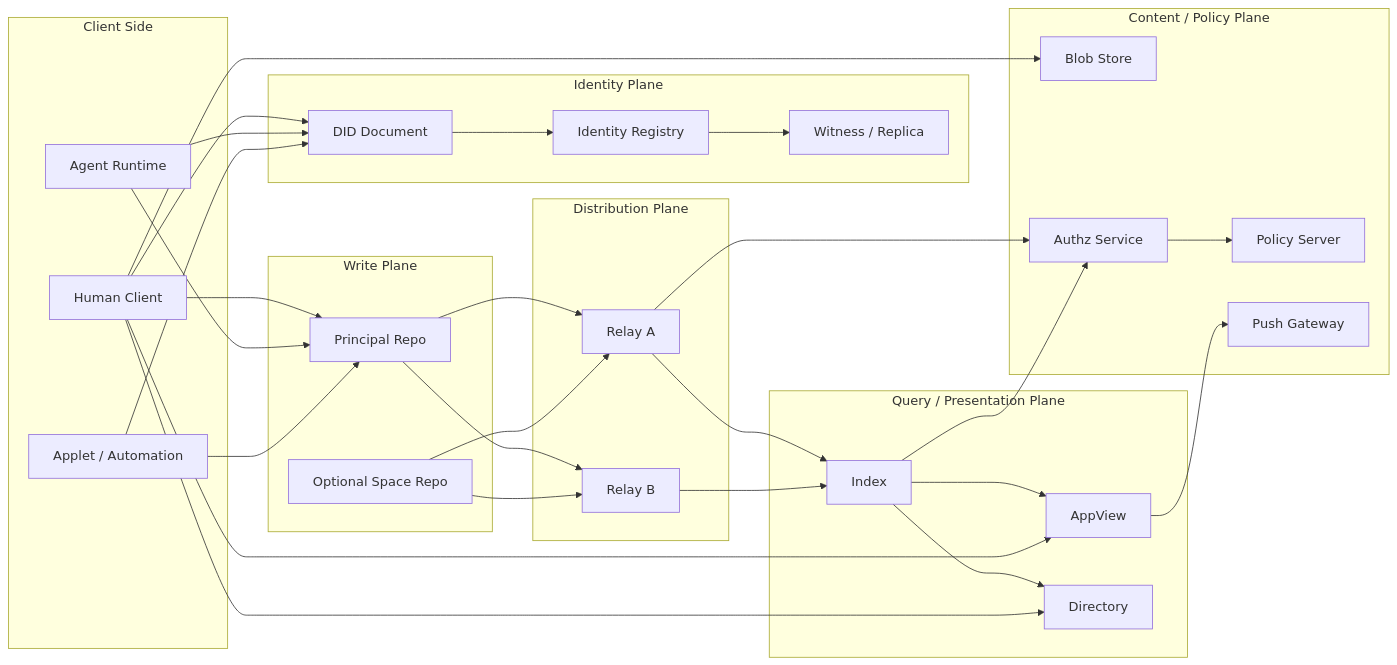
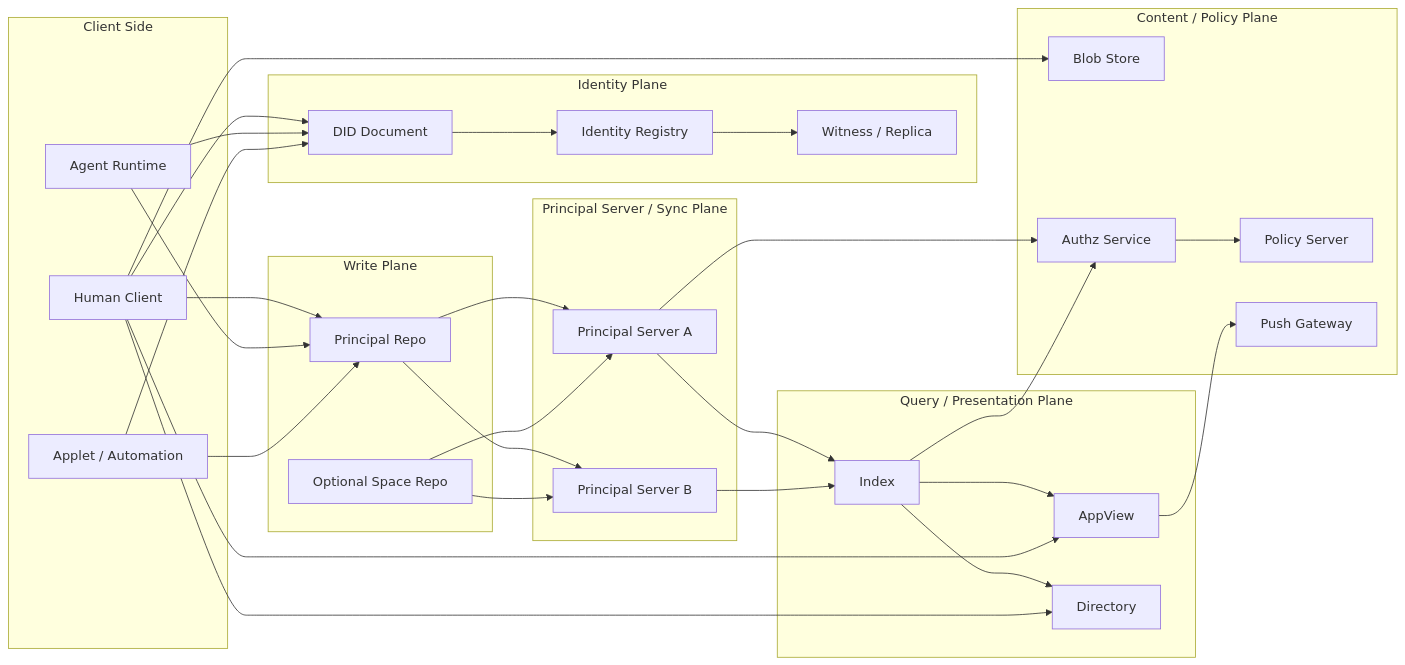
One commit to arkret-org/arkret-spec changed the diagram in zh/overview/architecture.md. Above: the diagram before and after it, drawn with Mermaid. The commit also changed other lines of this file and 65 other files, not shown here.

````diff
--- a/zh/overview/architecture.md
+++ b/zh/overview/architecture.md
@@ -201,65 +202,65 @@
 ```mermaid
 flowchart LR
     subgraph "Client Side"
         C1["Human Client"]
         C2["Agent Runtime"]
         C3["Applet / Automation"]
     end
 
     subgraph "Identity Plane"
         DID["DID Document"]
         REG["Identity Registry"]
         WIT["Witness / Replica"]
     end
 
     subgraph "Write Plane"
         PR["Principal Repo"]
         SR["Optional Space Repo"]
     end
 
-    subgraph "Distribution Plane"
-        R1["Relay A"]
-        R2["Relay B"]
+    subgraph "Principal Server / Sync Plane"
+        PS1["Principal Server A"]
+        PS2["Principal Server B"]
     end
 
     subgraph "Query / Presentation Plane"
         IDX["Index"]
         APPV["AppView"]
         DIR["Directory"]
     end
 
     subgraph "Content / Policy Plane"
         BLOB["Blob Store"]
         AUTHZ["Authz Service"]
         POL["Policy Server"]
         PUSH["Push Gateway"]
     end
 
     C1 --> DID
     C2 --> DID
     C3 --> DID
     DID --> REG
     REG --> WIT
 
     C1 --> PR
     C2 --> PR
     C3 --> PR
-    PR --> R1
-    PR --> R2
-    SR --> R1
-    SR --> R2
+    PR --> PS1
+    PR --> PS2
+    SR --> PS1
+    SR --> PS2
 
-    R1 --> IDX
-    R2 --> IDX
+    PS1 --> IDX
+    PS2 --> IDX
     IDX --> APPV
     IDX --> DIR
 
     C1 --> APPV
     C1 --> DIR
     C1 --> BLOB
 
-    R1 --> AUTHZ
+    PS1 --> AUTHZ
     IDX --> AUTHZ
     AUTHZ --> POL
     APPV --> PUSH
 ```
````
